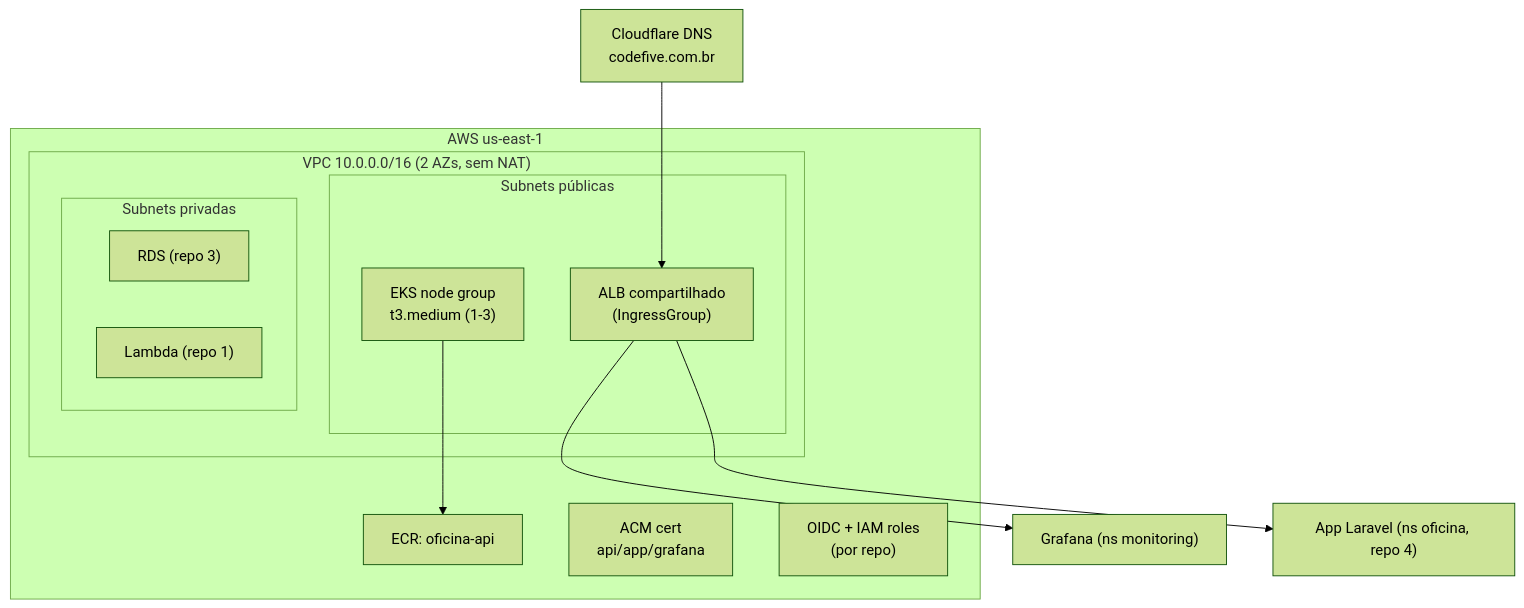
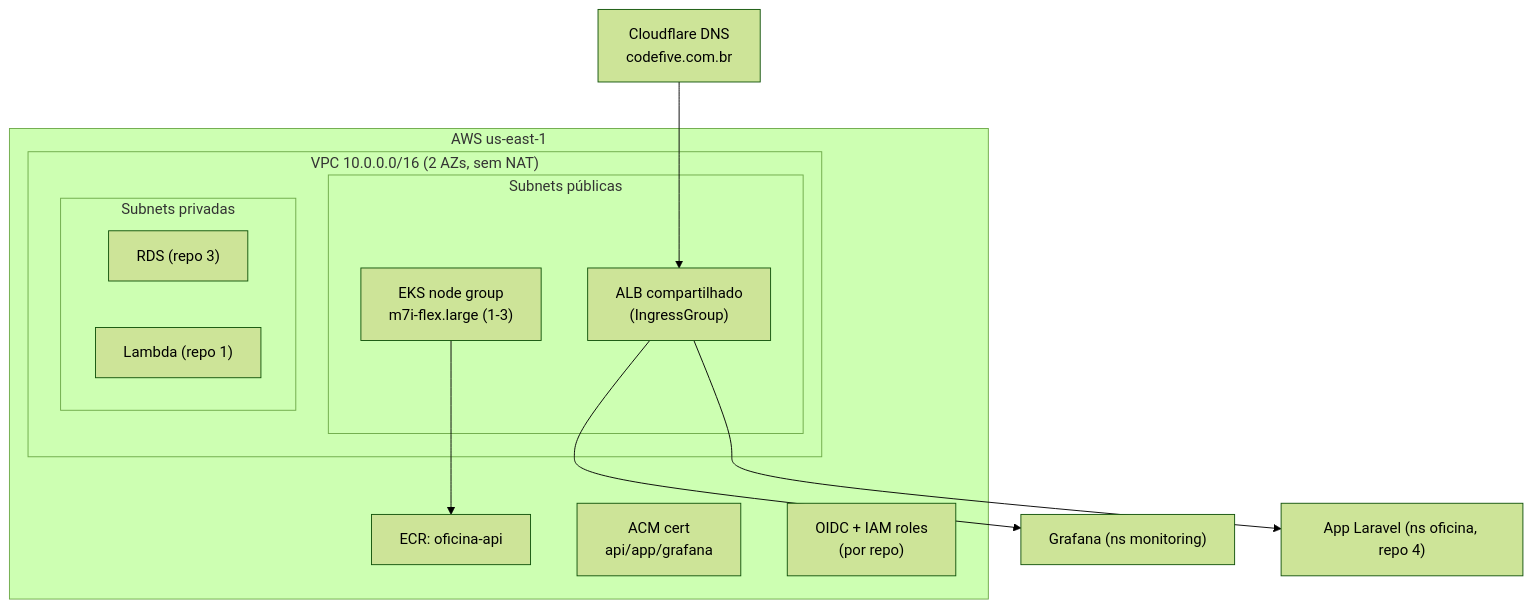
Before and after one commit to MicaelHernandes/oficina-k8s-infra: the diagram in README.md, drawn with Mermaid (forest theme). The commit also changed other lines of this file and 2 other files, not shown here.

First line of the commit message:
fix(eks): node group m7i-flex.large com 1 nó (Free plan da conta)

````diff
--- a/README.md
+++ b/README.md
@@ -24,22 +24,22 @@
 ```mermaid
 flowchart TB
   subgraph AWS["AWS us-east-1"]
     subgraph VPC["VPC 10.0.0.0/16 (2 AZs, sem NAT)"]
       subgraph Pub["Subnets públicas"]
         ALB["ALB compartilhado<br/>(IngressGroup)"]
-        Nodes["EKS node group<br/>t3.medium (1-3)"]
+        Nodes["EKS node group<br/>m7i-flex.large (1-3)"]
       end
       subgraph Priv["Subnets privadas"]
         RDSslot["RDS (repo 3)"]
         Lslot["Lambda (repo 1)"]
       end
     end
     ECR["ECR: oficina-api"]
     ACM["ACM cert<br/>api/app/grafana"]
     OIDC["OIDC + IAM roles<br/>(por repo)"]
   end
   CF["Cloudflare DNS<br/>codefive.com.br"] --> ALB
   ALB --> Grafana["Grafana (ns monitoring)"]
   ALB --> App["App Laravel (ns oficina, repo 4)"]
   Nodes --> ECR
 ```
````
